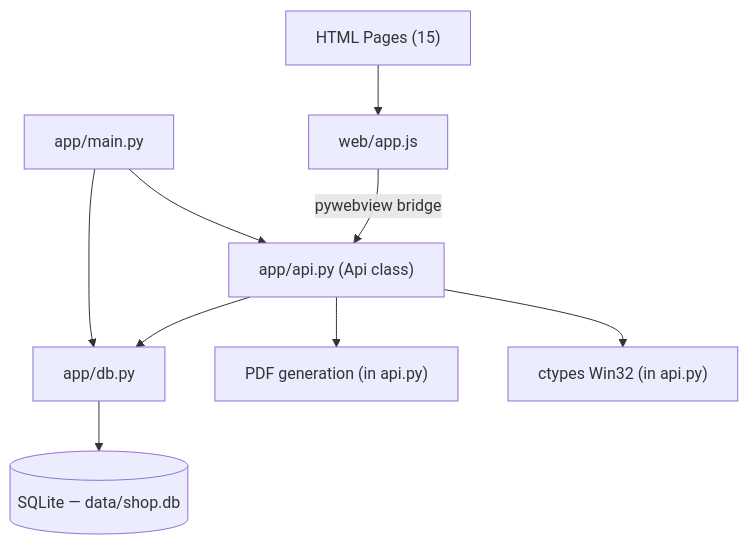
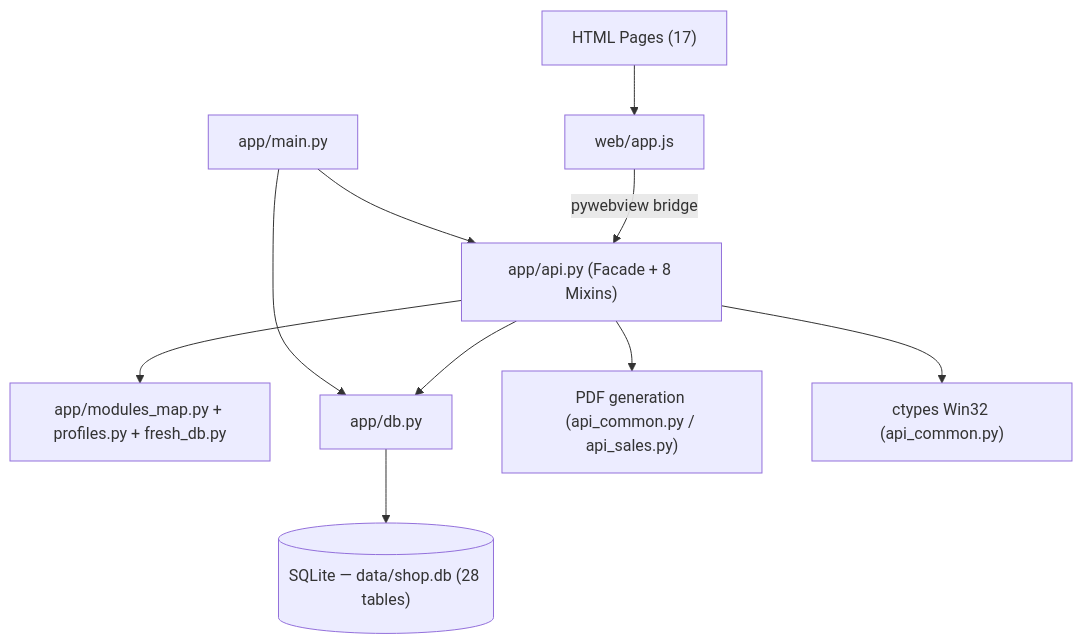
The second of 2 diagrams in docs/ARCHITECTURE.md (hany-hassan/TechZone-POS), drawn with Mermaid before and after one commit. The commit also changed other lines of this file and 34 other files, not shown here.

````diff
--- a/docs/ARCHITECTURE.md
+++ b/docs/ARCHITECTURE.md
@@ -221,11 +228,12 @@
 ```mermaid
 flowchart TD
-    HTML["HTML Pages (15)"] --> APPJS["web/app.js"]
-    APPJS -->|"pywebview bridge"| API["app/api.py (Api class)"]
+    HTML["HTML Pages (17)"] --> APPJS["web/app.js"]
+    APPJS -->|"pywebview bridge"| API["app/api.py (Facade + 8 Mixins)"]
+    API --> MODMAP["app/modules_map.py + profiles.py + fresh_db.py"]
     API --> DB["app/db.py"]
-    DB --> SQLITE[("SQLite — data/shop.db")]
-    API --> PDF["PDF generation (in api.py)"]
-    API --> WIN32["ctypes Win32 (in api.py)"]
+    DB --> SQLITE[("SQLite — data/shop.db (28 tables)")]
+    API --> PDF["PDF generation (api_common.py / api_sales.py)"]
+    API --> WIN32["ctypes Win32 (api_common.py)"]
     MAIN["app/main.py"] --> API
     MAIN --> DB
 ```
````
